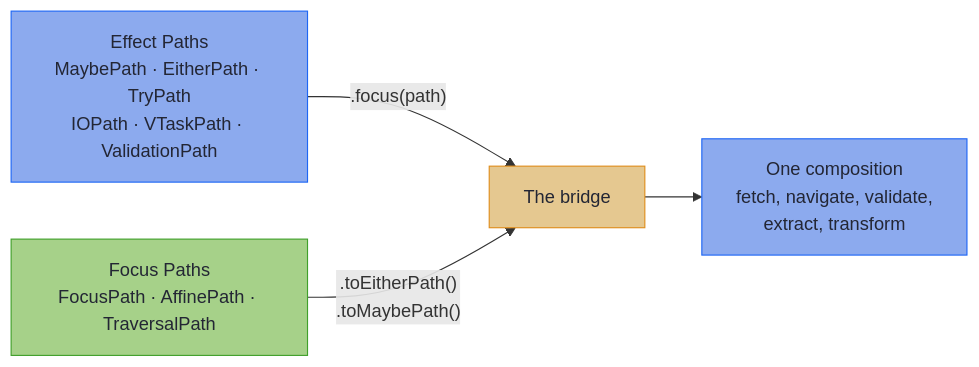
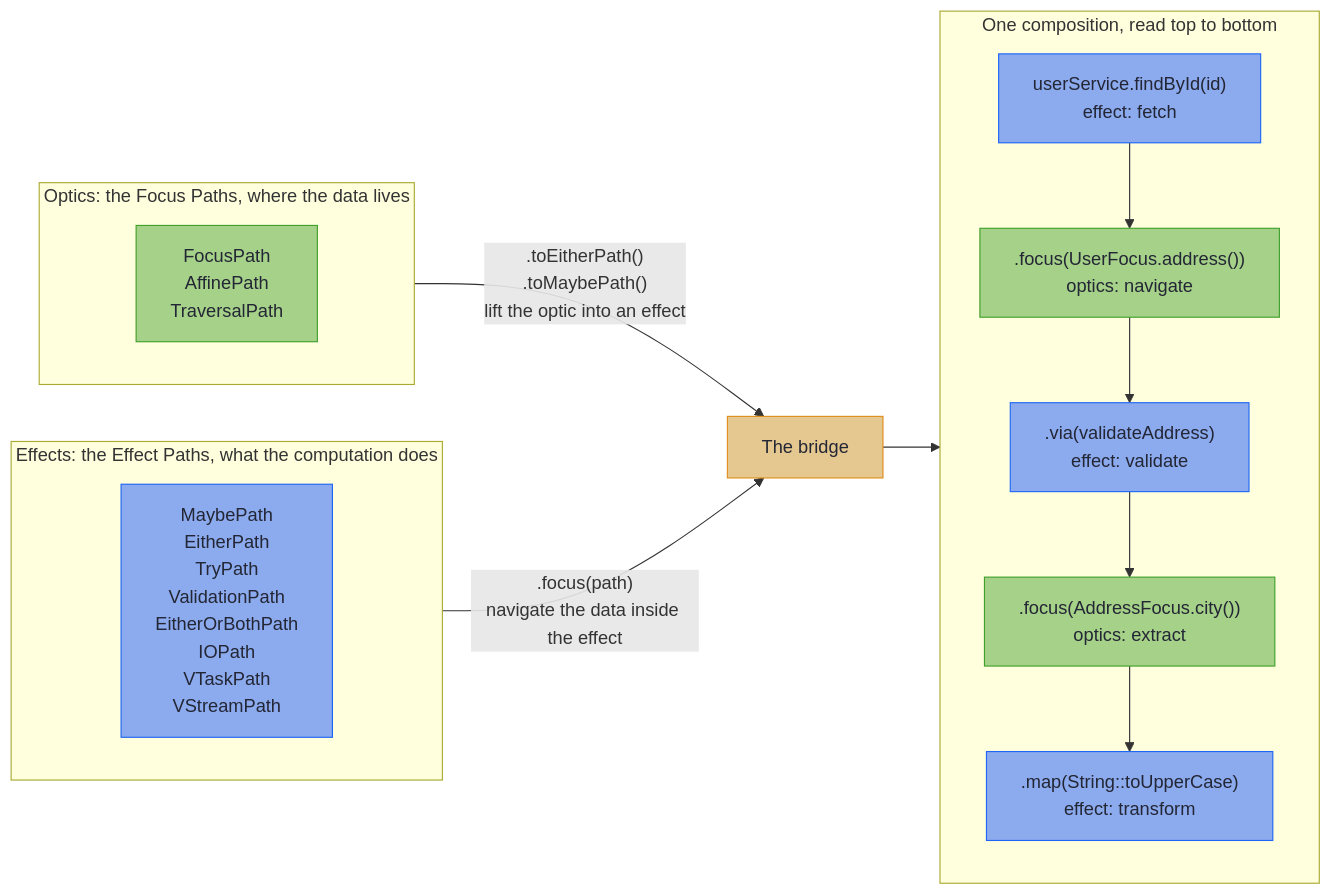
Before and after one commit to higher-kinded-j/higher-kinded-j: the diagram in hkj-book/src/home.md, drawn with Mermaid. The commit also changed 1 other file, not shown here.

Commit message:
Redesign the Effects-meet-Optics bridge diagram
The two domains are titled subgraphs ("Effects: the Effect Paths" and
"Optics: the Focus Paths") listing their paths one per line, the bridge
names each crossing operation on its edge, and the composition is a
top-to-bottom chain of steps coloured by the domain each one lives in,
as the ASCII original showed it. The README copy pins cluster and title
colours through its init directive so the labels read in either GitHub
theme; the book copy leaves cluster colours to the theme switch.

````diff
--- a/hkj-book/src/home.md
+++ b/hkj-book/src/home.md
@@ -90,13 +90,28 @@
 ```mermaid
 flowchart LR
-    E["Effect Paths<br/>MaybePath · EitherPath · TryPath<br/>IOPath · VTaskPath · ValidationPath"] -->|".focus(path)"| B["The bridge"]
-    O["Focus Paths<br/>FocusPath · AffinePath · TraversalPath"] -->|".toEitherPath()<br/>.toMaybePath()"| B
-    B --> U["One composition<br/>fetch, navigate, validate,<br/>extract, transform"]
+    subgraph effects["Effects: the Effect Paths, what the computation does"]
+        direction TB
+        E["MaybePath<br/>EitherPath<br/>TryPath<br/>ValidationPath<br/>EitherOrBothPath<br/>IOPath<br/>VTaskPath<br/>VStreamPath"]
+    end
+    subgraph optics["Optics: the Focus Paths, where the data lives"]
+        direction TB
+        O["FocusPath<br/>AffinePath<br/>TraversalPath"]
+    end
+    E -->|".focus(path)<br/>navigate the data inside the effect"| B["The bridge"]
+    O -->|".toEitherPath()<br/>.toMaybePath()<br/>lift the optic into an effect"| B
+    subgraph one["One composition, read top to bottom"]
+        direction TB
+        S1["userService.findById(id)<br/>effect: fetch"] --> S2[".focus(UserFocus.address())<br/>optics: navigate"]
+        S2 --> S3[".via(validateAddress)<br/>effect: validate"]
+        S3 --> S4[".focus(AddressFocus.city())<br/>optics: extract"]
+        S4 --> S5[".map(String::toUpperCase)<br/>effect: transform"]
+    end
+    B --> S1
 
     classDef effect fill:#8caaee,stroke:#1e66f5,color:#232634
     classDef optic fill:#a6d189,stroke:#40a02b,color:#232634
     classDef bridge fill:#e5c890,stroke:#df8e1d,color:#232634
-    class E,U effect
-    class O optic
+    class E,S1,S3,S5 effect
+    class O,S2,S4 optic
     class B bridge
 ```
````
